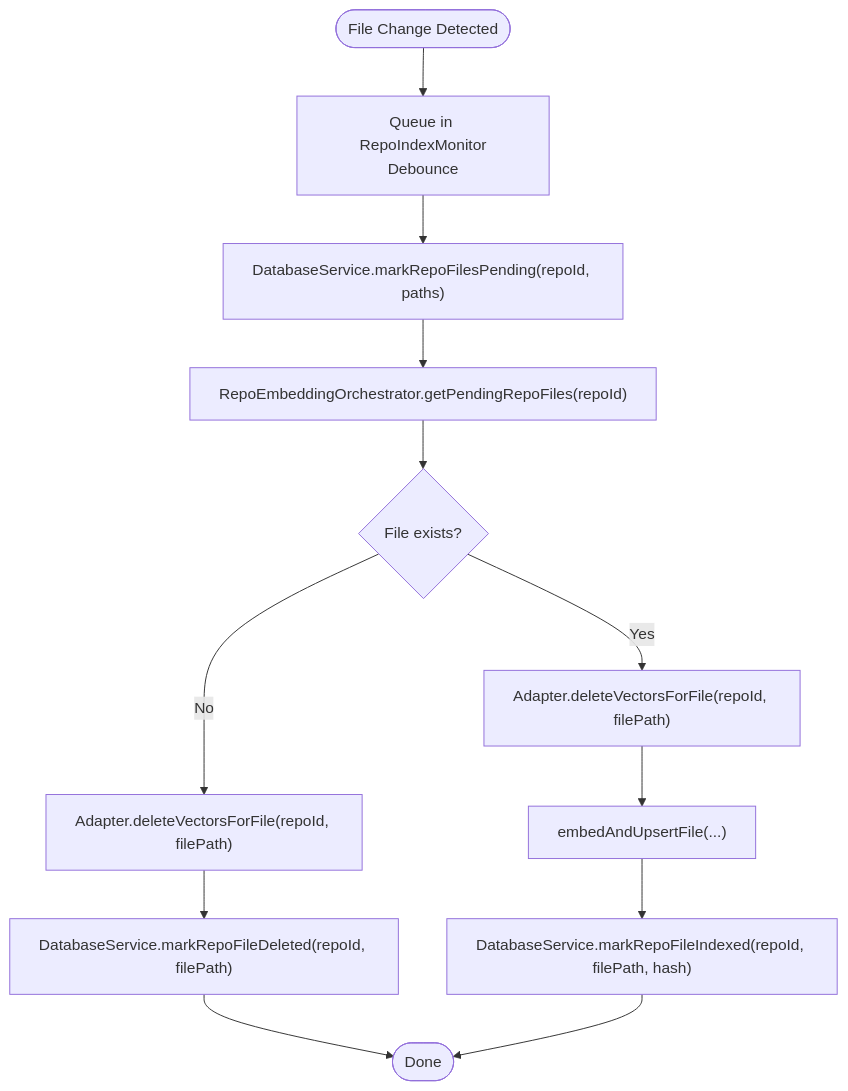
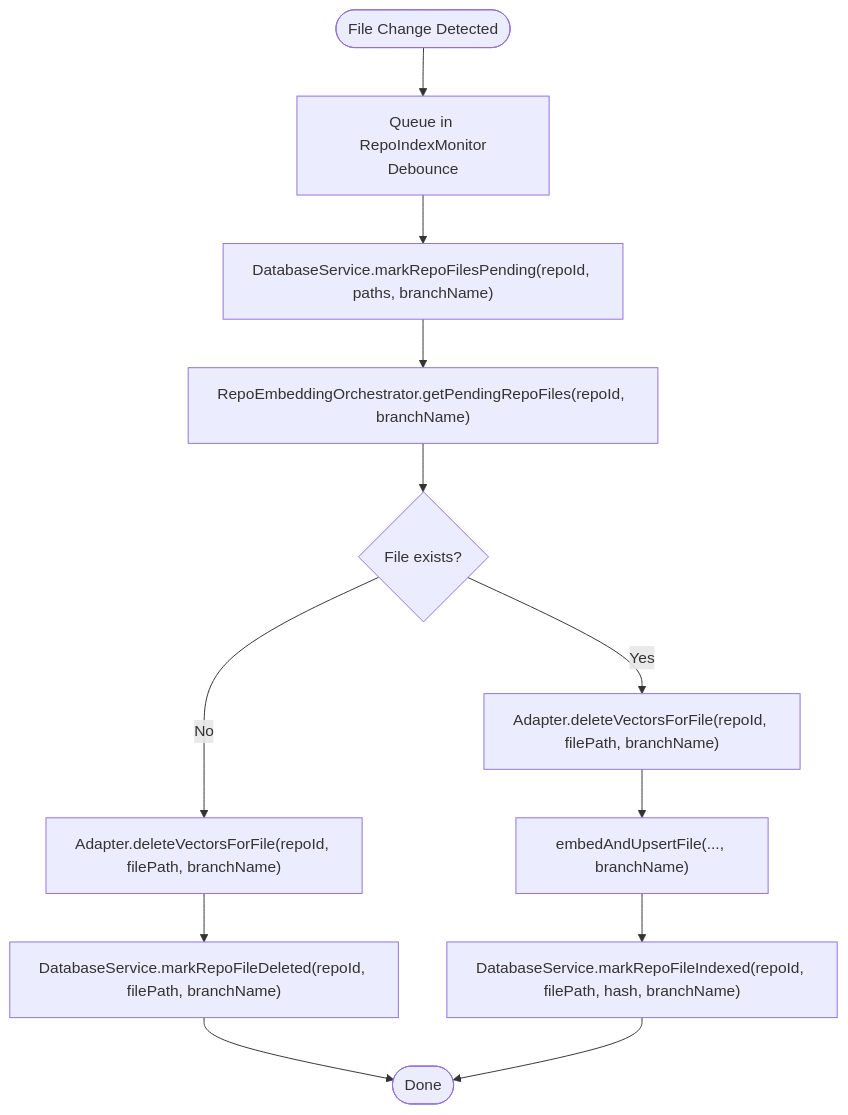
The sixth of 7 diagrams in .qoder/repowiki/en/content/Storage System/Storage System.md (bramburn/repomix-runner), drawn with Mermaid before and after one commit. The commit also changed other lines of this file and 19 other files, not shown here.

````diff
--- a/.qoder/repowiki/en/content/Storage System/Storage System.md
+++ b/.qoder/repowiki/en/content/Storage System/Storage System.md
@@ -303,14 +402,14 @@
 ```mermaid
 flowchart TD
 Start(["File Change Detected"]) --> Queue["Queue in RepoIndexMonitor<br/>Debounce"]
-Queue --> MarkPending["DatabaseService.markRepoFilesPending(repoId, paths)"]
-MarkPending --> FetchPending["RepoEmbeddingOrchestrator.getPendingRepoFiles(repoId)"]
+Queue --> MarkPending["DatabaseService.markRepoFilesPending(repoId, paths, branchName)"]
+MarkPending --> FetchPending["RepoEmbeddingOrchestrator.getPendingRepoFiles(repoId, branchName)"]
 FetchPending --> Exists{"File exists?"}
-Exists --> |No| DeleteVectors["Adapter.deleteVectorsForFile(repoId, filePath)"]
-DeleteVectors --> MarkDeleted["DatabaseService.markRepoFileDeleted(repoId, filePath)"]
-Exists --> |Yes| DeleteVectors2["Adapter.deleteVectorsForFile(repoId, filePath)"]
-DeleteVectors2 --> Embed["embedAndUpsertFile(...)"]
-Embed --> MarkIndexed["DatabaseService.markRepoFileIndexed(repoId, filePath, hash)"]
+Exists --> |No| DeleteVectors["Adapter.deleteVectorsForFile(repoId, filePath, branchName)"]
+DeleteVectors --> MarkDeleted["DatabaseService.markRepoFileDeleted(repoId, filePath, branchName)"]
+Exists --> |Yes| DeleteVectors2["Adapter.deleteVectorsForFile(repoId, filePath, branchName)"]
+DeleteVectors2 --> Embed["embedAndUpsertFile(..., branchName)"]
+Embed --> MarkIndexed["DatabaseService.markRepoFileIndexed(repoId, filePath, hash, branchName)"]
 MarkDeleted --> Done(["Done"])
 MarkIndexed --> Done
 ```
````
